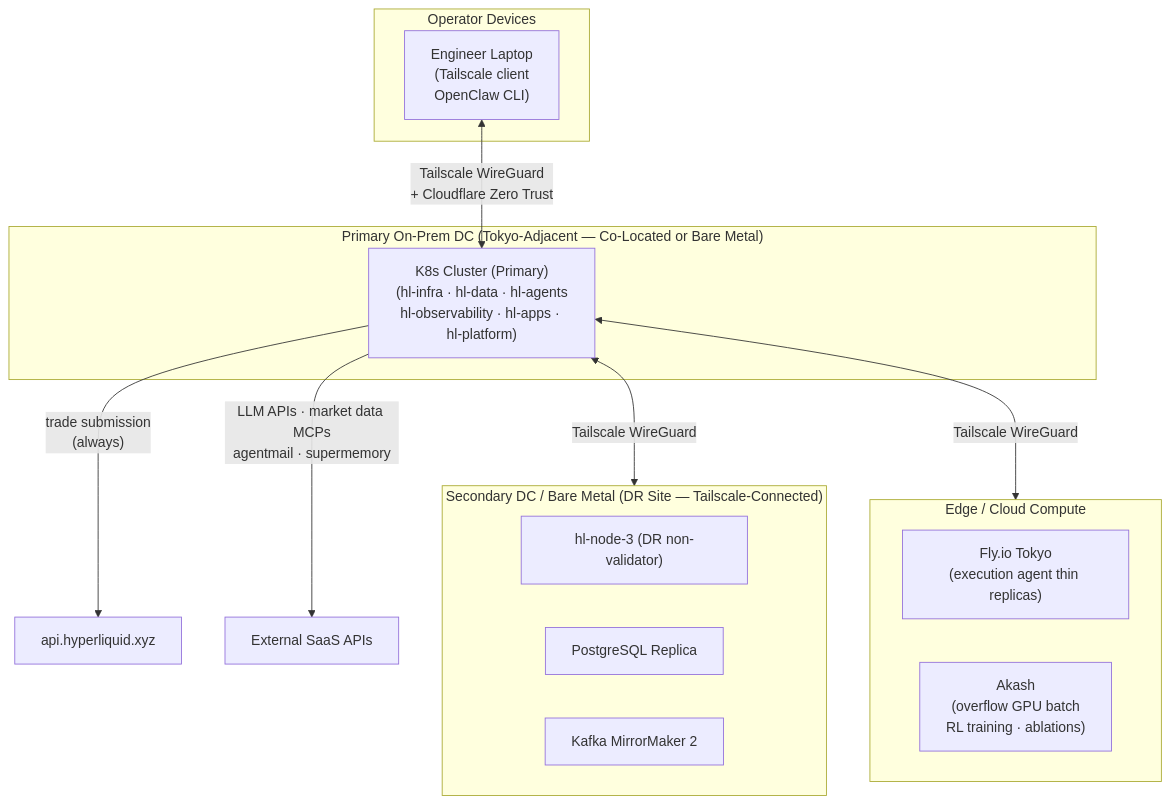
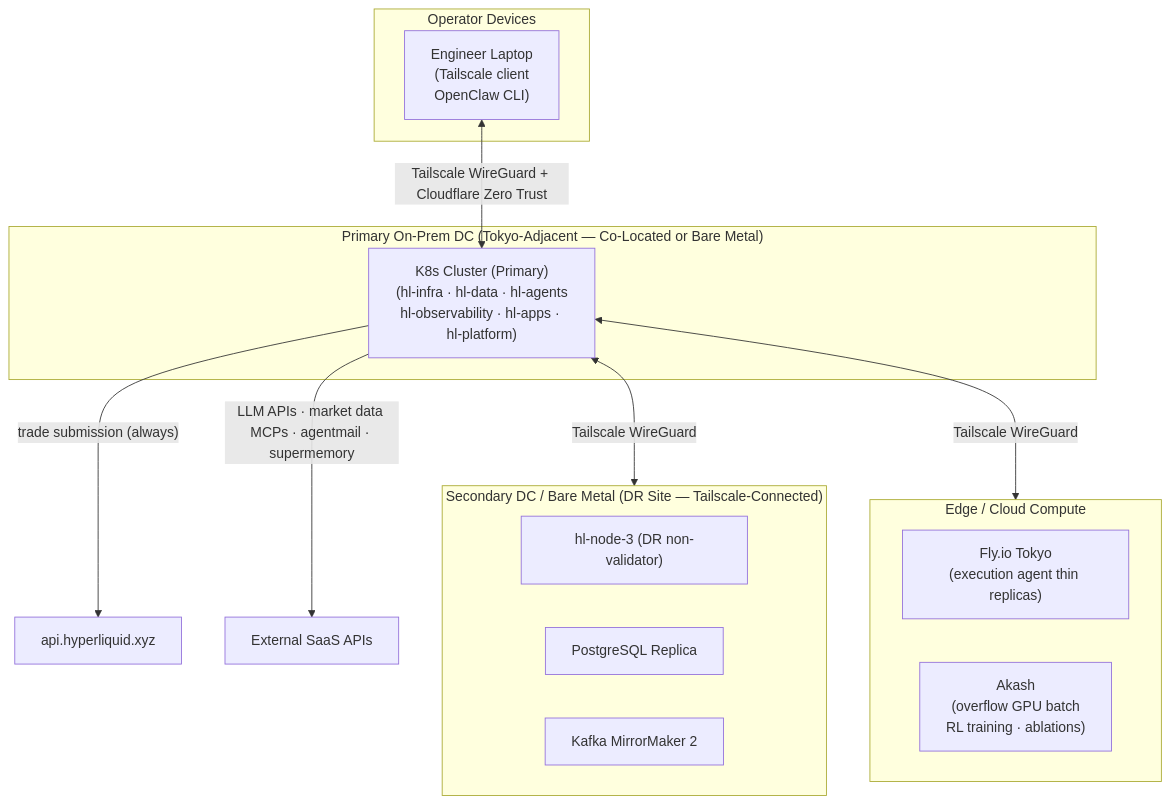
One commit to enuno/hyperliquid-trading-firm changed diagram 12 of 12 in docs/APP_INFRASTRUCTURE.md. Above: the diagram before and after it, drawn with Mermaid. The commit also changed other lines of this file, not shown here.

First line of the commit message:
fix: resolve Mermaid rendering errors in 8 diagrams

````diff
--- a/docs/APP_INFRASTRUCTURE.md
+++ b/docs/APP_INFRASTRUCTURE.md
@@ -774,27 +830,27 @@
 ```mermaid
 graph TB
     subgraph PRIMARY_DC["Primary On-Prem DC (Tokyo-Adjacent — Co-Located or Bare Metal)"]
         PRIMARY_K8S["K8s Cluster (Primary)\n(hl-infra · hl-data · hl-agents\nhl-observability · hl-apps · hl-platform)"]
     end
 
     subgraph SECONDARY_DC["Secondary DC / Bare Metal (DR Site — Tailscale-Connected)"]
         SEC_NODE["hl-node-3 (DR non-validator)"]
         SEC_PG["PostgreSQL Replica"]
         SEC_KAFKA["Kafka MirrorMaker 2"]
     end
 
     subgraph EDGE_CLOUD["Edge / Cloud Compute"]
         FLY_EXEC["Fly.io Tokyo\n(execution agent thin replicas)"]
         AKASH_BATCH["Akash\n(overflow GPU batch\nRL training · ablations)"]
     end
 
     subgraph OPERATOR["Operator Devices"]
         OPS_LAPTOP["Engineer Laptop\n(Tailscale client\nOpenClaw CLI)"]
     end
 
     PRIMARY_K8S <-->|"Tailscale WireGuard"| SECONDARY_DC
     PRIMARY_K8S <-->|"Tailscale WireGuard"| EDGE_CLOUD
-    OPS_LAPTOP <-->|"Tailscale WireGuard\n+ Cloudflare Zero Trust"| PRIMARY_K8S
-    PRIMARY_K8S -->|"trade submission\n(always)"| HL_API_FINAL["api.hyperliquid.xyz"]
-    PRIMARY_K8S -->|"LLM APIs · market data MCPs\nagentmail · supermemory"| EXTERNAL_SAAS["External SaaS APIs"]
+    OPS_LAPTOP <-->|"Tailscale WireGuard + Cloudflare Zero Trust"| PRIMARY_K8S
+    PRIMARY_K8S -->|"trade submission (always)"| HL_API_FINAL["api.hyperliquid.xyz"]
+    PRIMARY_K8S -->|"LLM APIs · market data MCPs · agentmail · supermemory"| EXTERNAL_SAAS["External SaaS APIs"]
 ```
````
